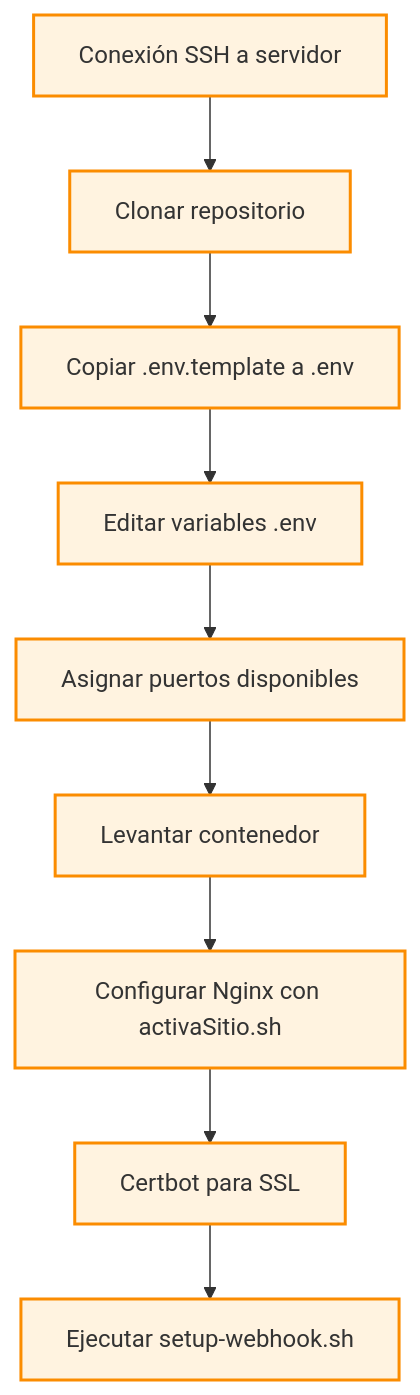
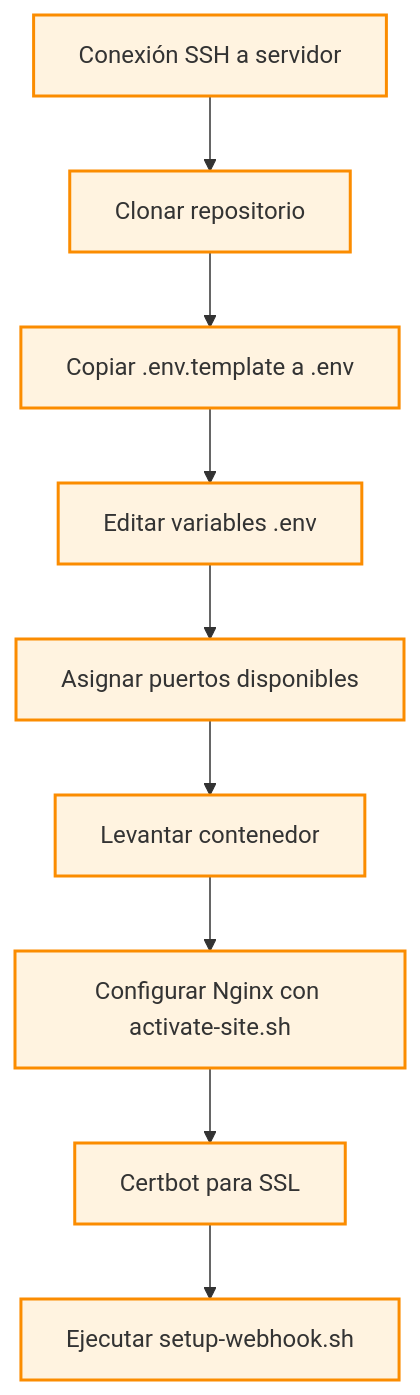
The fourth of 4 diagrams in README.md (Ivan-Rosales/deployCore), drawn with Mermaid before and after one commit. The commit also changed other lines of this file and 3 other files, not shown here.

````diff
--- a/README.md
+++ b/README.md
@@ -413,9 +413,9 @@
 ```mermaid
 flowchart TD
     classDef paso fill:#fff3e0,stroke:#fb8c00,stroke-width:2px;
     A[Conexión SSH a servidor]:::paso --> B[Clonar repositorio]:::paso
     B --> C[Copiar .env.template a .env]:::paso --> D[Editar variables .env]:::paso
     D --> E[Asignar puertos disponibles]:::paso --> F[Levantar contenedor]:::paso
-    F --> G[Configurar Nginx con activaSitio.sh]:::paso
+    F --> G[Configurar Nginx con activate-site.sh]:::paso
     G --> H[Certbot para SSL]:::paso --> I[Ejecutar setup-webhook.sh]:::paso
 ```
````
